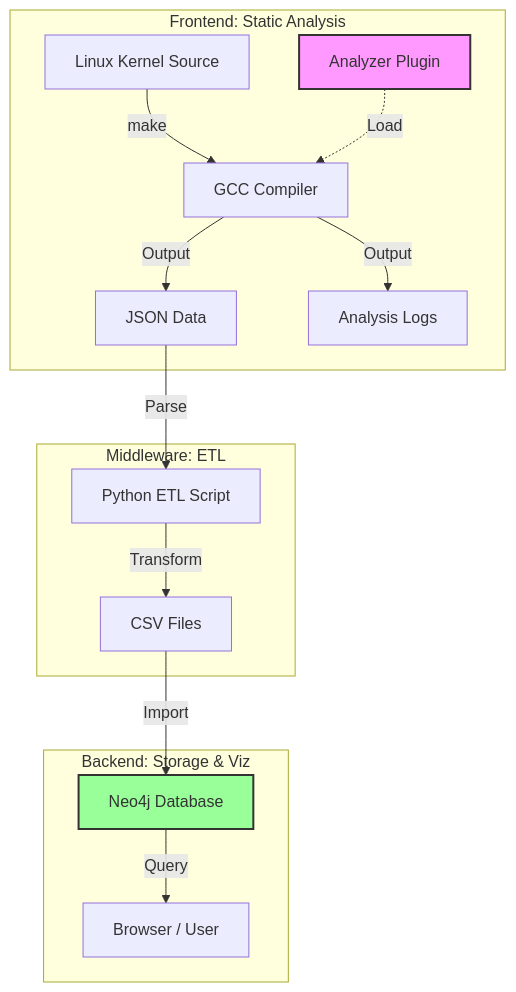
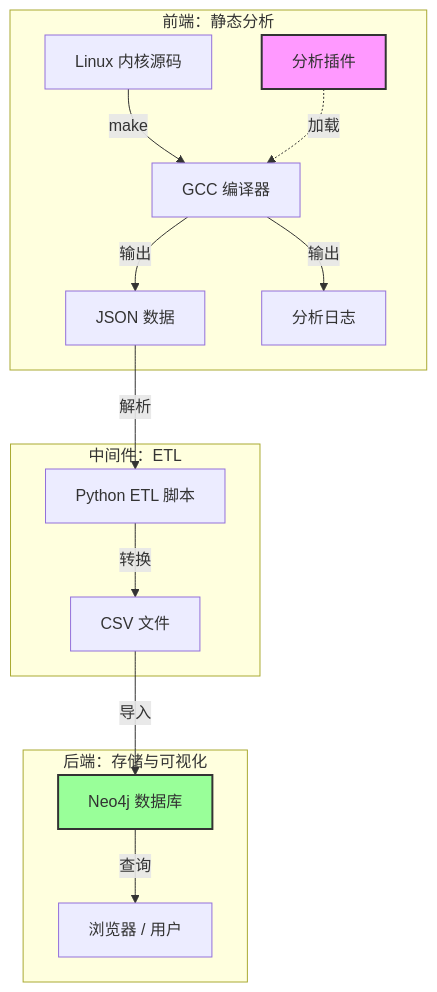
One commit to lehengzhangJacob/Linux_kernel_safety_tool changed the first of 7 diagrams in README.md. Above: the diagram before and after it, drawn with Mermaid. The commit also changed other lines of this file, not shown here.

Commit message:
Translate architecture diagram to Chinese

````diff
--- a/README.md
+++ b/README.md
@@ -39,22 +39,22 @@
 ```mermaid
 graph TD
-    subgraph "Frontend: Static Analysis"
-        K[Linux Kernel Source] -->|make| G[GCC Compiler]
-        P[Analyzer Plugin] -.->|Load| G
-        G -->|Output| J[JSON Data]
-        G -->|Output| L[Analysis Logs]
+    subgraph "前端：静态分析"
+        K[Linux 内核源码] -->|make| G[GCC 编译器]
+        P[分析插件] -.->|加载| G
+        G -->|输出| J[JSON 数据]
+        G -->|输出| L[分析日志]
     end
 
-    subgraph "Middleware: ETL"
-        J -->|Parse| E[Python ETL Script]
-        E -->|Transform| C[CSV Files]
+    subgraph "中间件：ETL"
+        J -->|解析| E[Python ETL 脚本]
+        E -->|转换| C[CSV 文件]
     end
 
-    subgraph "Backend: Storage & Viz"
-        C -->|Import| N[Neo4j Database]
-        N -->|Query| U[Browser / User]
+    subgraph "后端：存储与可视化"
+        C -->|导入| N[Neo4j 数据库]
+        N -->|查询| U[浏览器 / 用户]
     end
 
     style P fill:#f9f,stroke:#333,stroke-width:2px
     style N fill:#9f9,stroke:#333,stroke-width:2px
 ```
````
